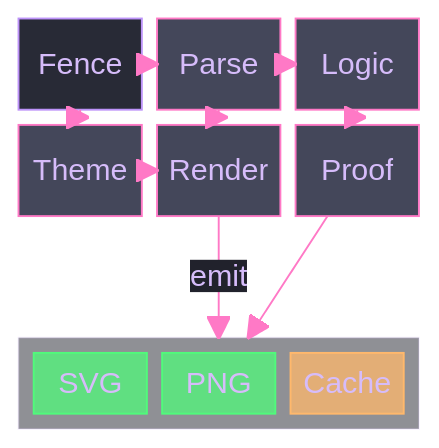
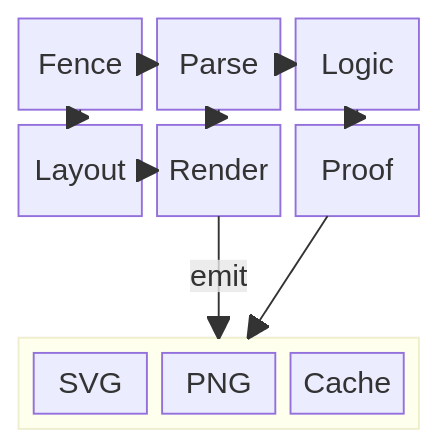
One commit to bsamiee/Rasm changed the second of 25 diagrams in .claude/skills/mermaid-diagramming/references/syntax-extended.md. Above: the diagram before and after it, drawn with Mermaid. The commit also changed other lines of this file and 28 other files, not shown here.

Commit message:
skills(docgen+mermaid): payload-only diagram law — docgen gate/fixer strips fence styling; mermaid bundle sheds the styling canon, theming survives as one opt-in reference

````diff
--- a/.claude/skills/mermaid-diagramming/references/syntax-extended.md
+++ b/.claude/skills/mermaid-diagramming/references/syntax-extended.md
@@ -100,48 +79,19 @@
 ```mermaid
----
-config:
-  theme: base
-  look: classic
-  themeVariables:
-    darkMode: true
-    fontFamily: "SF Mono, Menlo, Cascadia Mono, Segoe UI Mono, Consolas, monospace"
-    useGradient: false
-    dropShadow: "none"
-    textColor: "#F8F8F2"
-    titleColor: "#D6BCFA"
-    mainBkg: "#44475A"
-    nodeBorder: "#BD93F9"
-    nodeTextColor: "#F8F8F2"
-    lineColor: "#FF79C6"
-    arrowheadColor: "#FF79C6"
-    edgeLabelBackground: "#21222C"
-    clusterBkg: "#21222C"
-    clusterBorder: "#D6BCFA"
-  themeCSS: ".node rect,.node path,.node polygon{stroke-width:1.5px;filter:none!important}.marker path{fill:#FF79C6;stroke:#FF79C6}.marker circle{fill:#FF79C6;stroke:#FF79C6}.edgeLabel{font-size:12px;font-weight:500}.nodeLabel,.label{font-size:13px;font-weight:500}.cluster-label .nodeLabel,.cluster text{font-size:13.5px;font-weight:700;letter-spacing:.08em}rect.composite{fill:#21222C;stroke:#D6BCFA;stroke-width:1px;stroke-dasharray:5 4}"
----
 block-beta
   columns 3
   Fence["Fence"] Parse["Parse"] Logic["Logic"]
-  Theme["Theme"] Render["Render"] Proof["Proof"]
+  Layout["Layout"] Render["Render"] Proof["Proof"]
   space:3
   block:gate:3
     columns 3
     SVG["SVG"] PNG["PNG"] Cache["Cache"]
   end
   Fence --> Parse
   Parse --> Logic
-  Fence --> Theme
-  Theme --> Render
+  Fence --> Layout
+  Layout --> Render
   Parse --> Render
   Logic --> Proof
   Render -- "emit" --> gate
   Proof --> gate
-  classDef primary fill:#44475A,stroke:#FF79C6,color:#F8F8F2
-  classDef boundary fill:#282A36,stroke:#BD93F9,color:#F8F8F2
-  classDef data fill:#FFB86CBF,stroke:#FFB86C,color:#282A36
-  classDef success fill:#50FA7BBF,stroke:#50FA7B,color:#282A36
-  class Fence boundary
-  class Parse,Theme,Render,Logic,Proof primary
-  class Cache data
-  class SVG,PNG success
 ```
````
